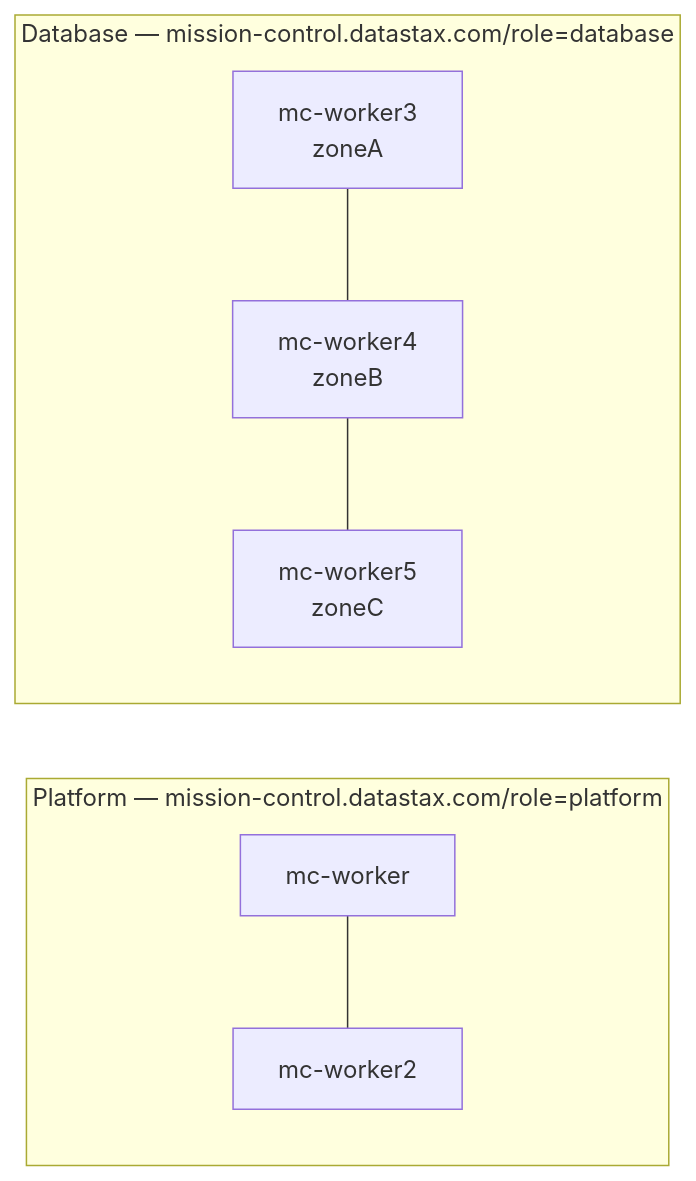
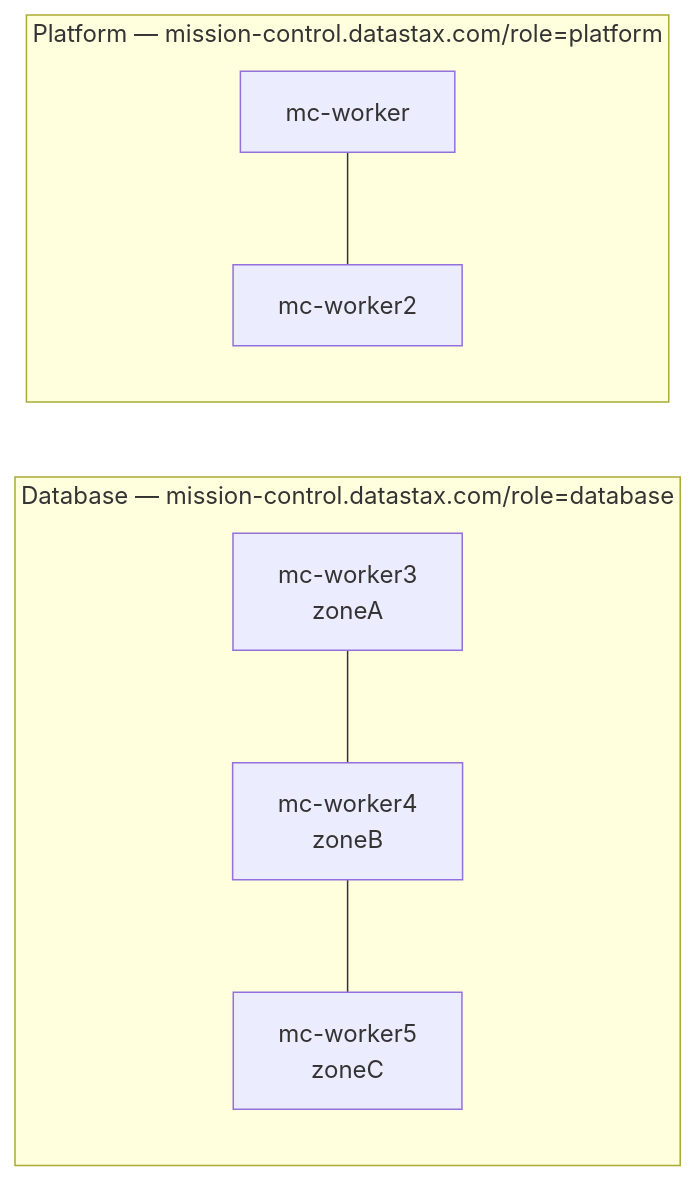
Before and after one commit to michelderu/mission-control-hcd-fundamentals: the first of 2 diagrams in README.md, drawn with Mermaid. The commit also changed other lines of this file, not shown here.

````diff
--- a/README.md
+++ b/README.md
@@ -135,16 +135,16 @@
 ```mermaid
 flowchart LR
-  subgraph platform["Platform — mission-control.datastax.com/role=platform"]
-    w1["mc-worker"]
-    w2["mc-worker2"]
-  end
-
   subgraph database["Database — mission-control.datastax.com/role=database"]
     w3["mc-worker3<br/>zoneA"]
     w4["mc-worker4<br/>zoneB"]
     w5["mc-worker5<br/>zoneC"]
   end
 
+  subgraph platform["Platform — mission-control.datastax.com/role=platform"]
+    w1["mc-worker"]
+    w2["mc-worker2"]
+  end
+  
   w1 --- w2
   w3 --- w4 --- w5
 ```
````
